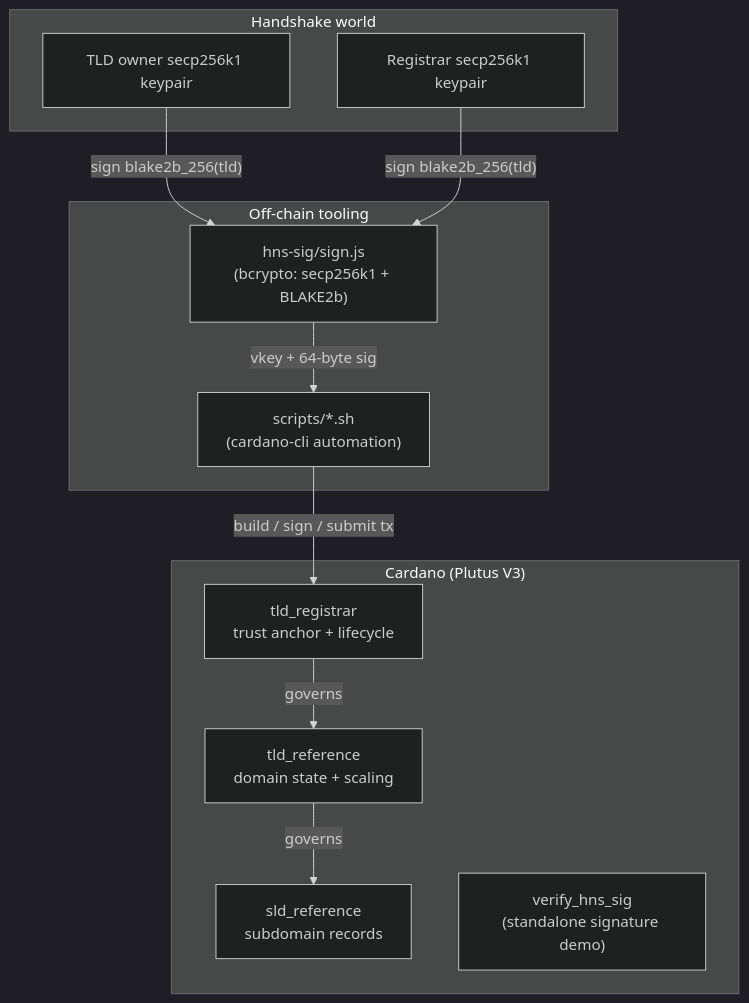
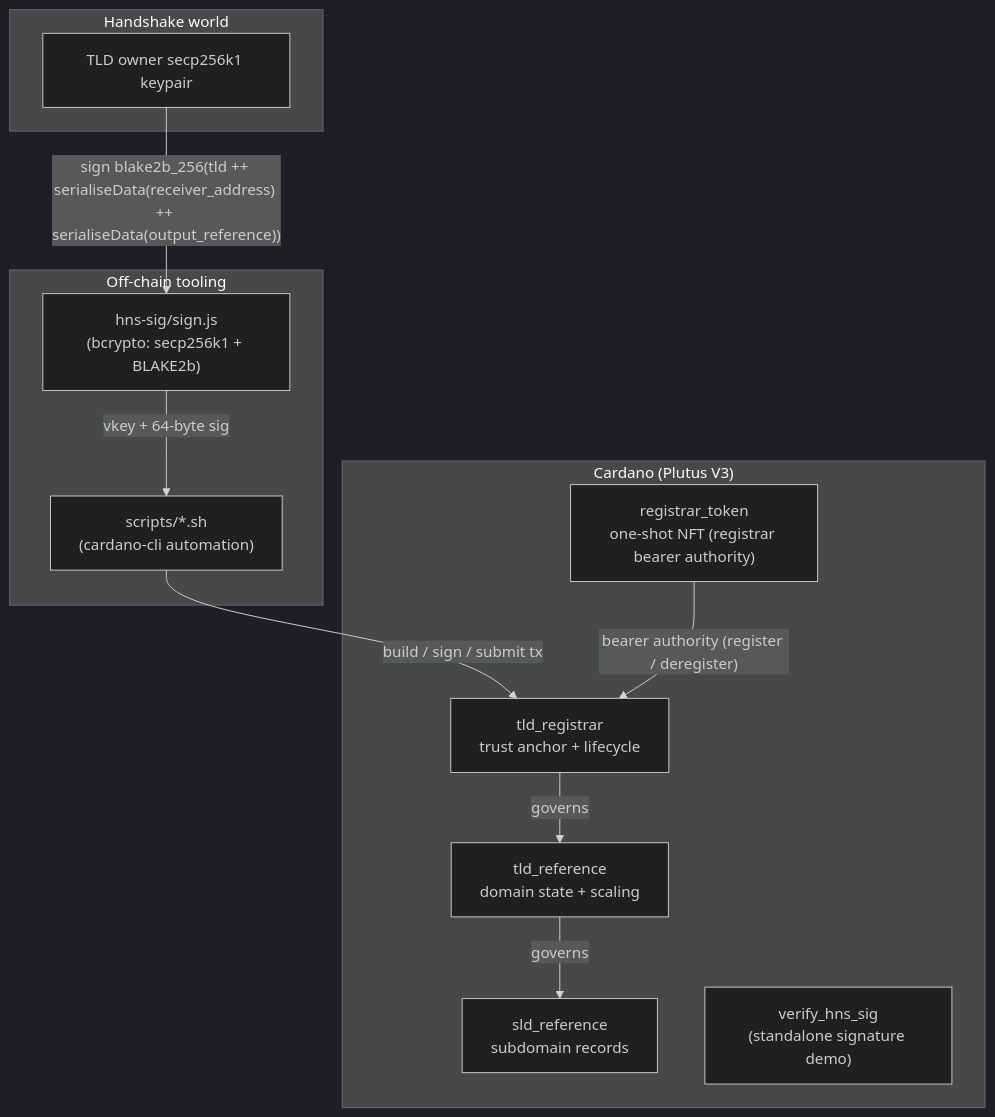
Before and after one commit to blinklabs-io/dns-contracts: the first of 14 diagrams in docs/architecture/smart-contract-architecture.md, drawn with Mermaid (dark theme). The commit also changed other lines of this file and 20 other files, not shown here.

First line of the commit message:
Registrar NFT auth, OwnerAction signature binding, and minted==1 boundary fixes (#21)

````diff
--- a/docs/architecture/smart-contract-architecture.md
+++ b/docs/architecture/smart-contract-architecture.md
@@ -60,26 +60,26 @@
 ```mermaid
 flowchart TB
     subgraph HNS["Handshake world"]
         HKEY["TLD owner secp256k1 keypair"]
-        RKEY["Registrar secp256k1 keypair"]
     end
 
     subgraph OFF["Off-chain tooling"]
         SIGN["hns-sig/sign.js<br/>(bcrypto: secp256k1 + BLAKE2b)"]
         CLI["scripts/*.sh<br/>(cardano-cli automation)"]
     end
 
     subgraph CARDANO["Cardano (Plutus V3)"]
+        NFT["registrar_token<br/>one-shot NFT (registrar bearer authority)"]
         REG["tld_registrar<br/>trust anchor + lifecycle"]
         TLD["tld_reference<br/>domain state + scaling"]
         SLD["sld_reference<br/>subdomain records"]
         DEMO["verify_hns_sig<br/>(standalone signature demo)"]
     end
 
-    HKEY -- "sign blake2b_256(tld)" --> SIGN
-    RKEY -- "sign blake2b_256(tld)" --> SIGN
+    HKEY -- "sign blake2b_256(tld ++ serialiseData(receiver_address) ++ serialiseData(output_reference))" --> SIGN
     SIGN -- "vkey + 64-byte sig" --> CLI
     CLI -- "build / sign / submit tx" --> REG
+    NFT -- "bearer authority (register / deregister)" --> REG
     REG -- "governs" --> TLD
     TLD -- "governs" --> SLD
 ```
````
